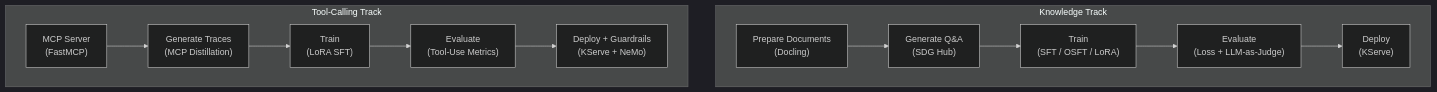
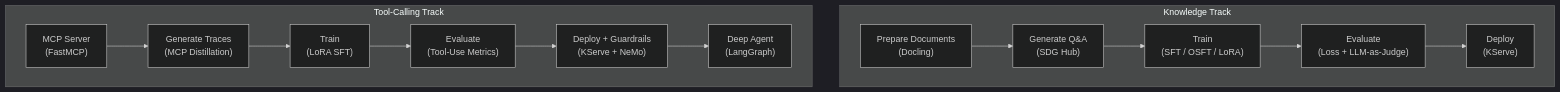
Before and after one commit to rrbanda/rhoai: the diagram in docs/end-to-end/index.md, drawn with Mermaid (dark theme). The commit also changed other lines of this file and 17 other files, not shown here.

First line of the commit message:
add Deep Agent harness with runtime-validated docs and landing page improvements

````diff
--- a/docs/end-to-end/index.md
+++ b/docs/end-to-end/index.md
@@ -42,15 +43,16 @@
 ```mermaid
 graph TD
     subgraph knowledge [Knowledge Track]
         K1["Prepare Documents<br/>(Docling)"] --> K2["Generate Q&A<br/>(SDG Hub)"]
         K2 --> K3["Train<br/>(SFT / OSFT / LoRA)"]
         K3 --> K4["Evaluate<br/>(Loss + LLM-as-Judge)"]
         K4 --> K5["Deploy<br/>(KServe)"]
     end
     subgraph tool_calling [Tool-Calling Track]
         A1["MCP Server<br/>(FastMCP)"] --> A2["Generate Traces<br/>(MCP Distillation)"]
         A2 --> A3["Train<br/>(LoRA SFT)"]
         A3 --> A4["Evaluate<br/>(Tool-Use Metrics)"]
         A4 --> A5["Deploy + Guardrails<br/>(KServe + NeMo)"]
+        A5 --> A6["Deep Agent<br/>(LangGraph)"]
     end
 ```
````
